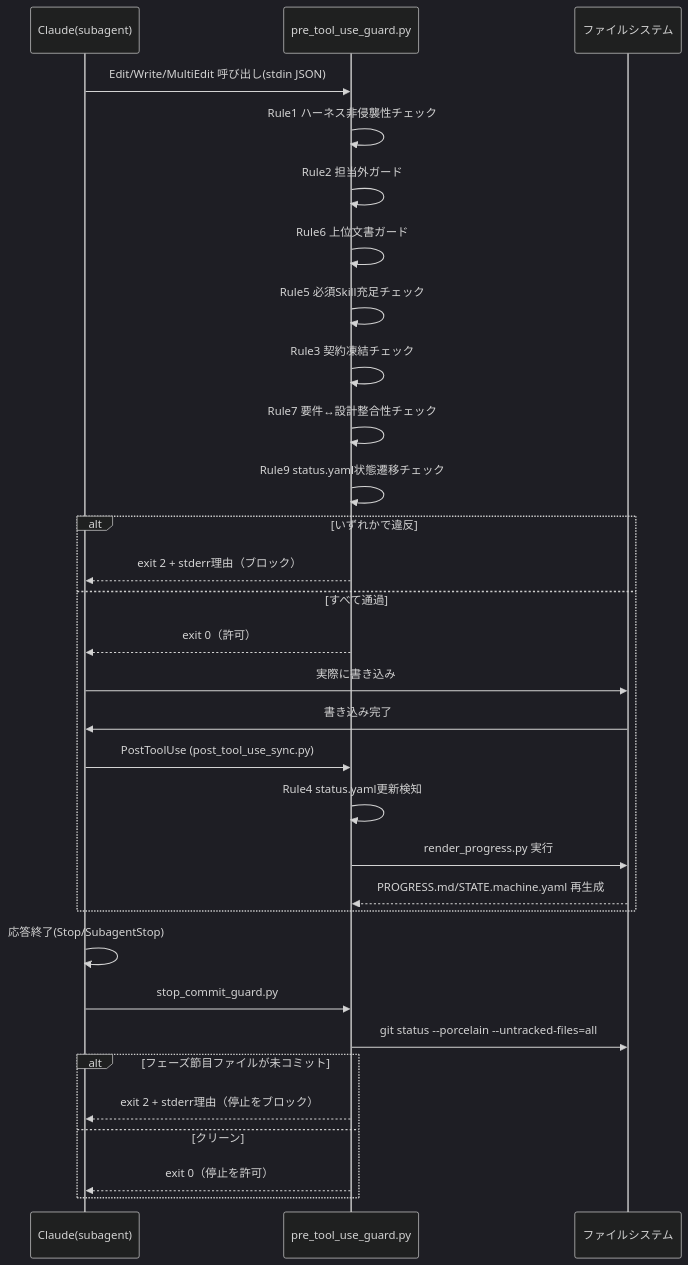
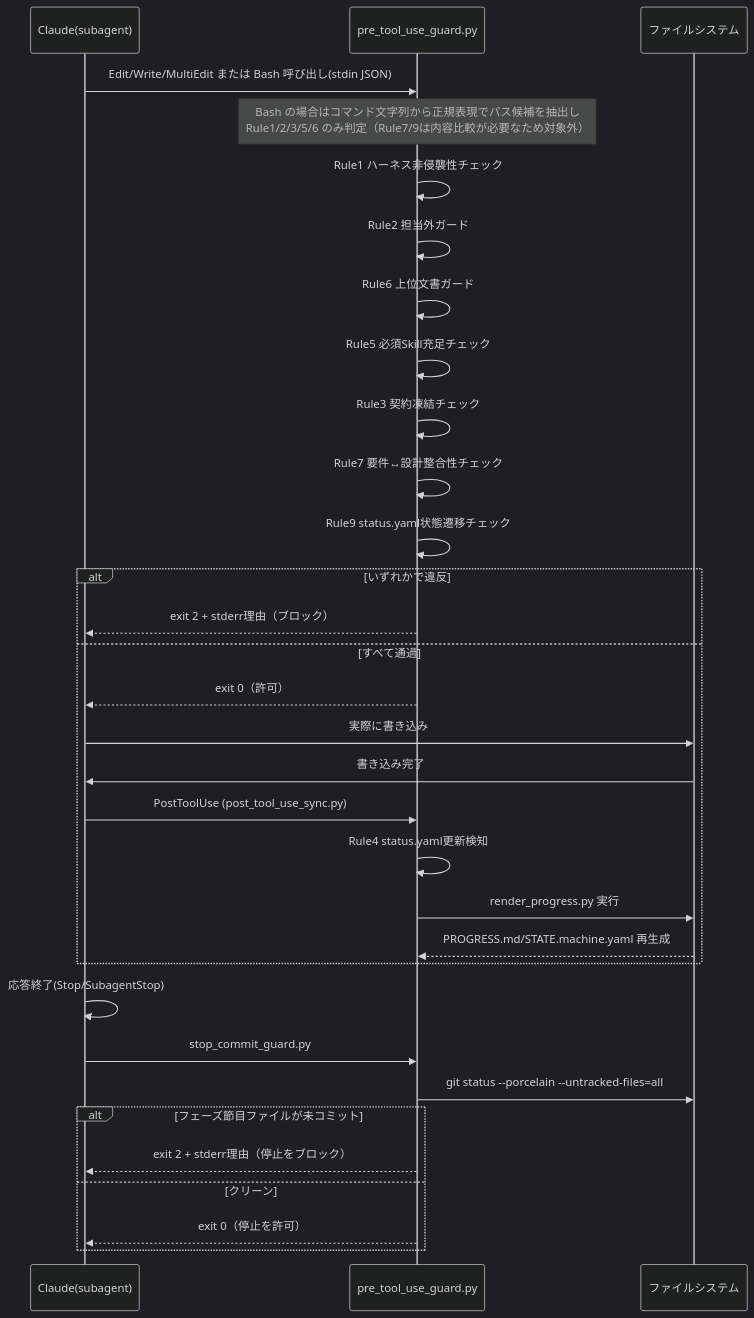
Before and after one commit to studioyukidaruma-dev/apparness: the third of 6 diagrams in HARNESS_GUIDE.md, drawn with Mermaid (dark theme). The commit also changed other lines of this file and 3 other files, not shown here.

````diff
--- a/HARNESS_GUIDE.md
+++ b/HARNESS_GUIDE.md
@@ -216,34 +216,35 @@
 ```mermaid
 sequenceDiagram
     participant Agent as Claude(subagent)
     participant Hook as pre_tool_use_guard.py
     participant FS as ファイルシステム
 
-    Agent->>Hook: Edit/Write/MultiEdit 呼び出し(stdin JSON)
+    Agent->>Hook: Edit/Write/MultiEdit または Bash 呼び出し(stdin JSON)
+    Note over Hook: Bash の場合はコマンド文字列から正規表現でパス候補を抽出し<br/>Rule1/2/3/5/6 のみ判定（Rule7/9は内容比較が必要なため対象外）
     Hook->>Hook: Rule1 ハーネス非侵襲性チェック
     Hook->>Hook: Rule2 担当外ガード
     Hook->>Hook: Rule6 上位文書ガード
     Hook->>Hook: Rule5 必須Skill充足チェック
     Hook->>Hook: Rule3 契約凍結チェック
     Hook->>Hook: Rule7 要件↔設計整合性チェック
     Hook->>Hook: Rule9 status.yaml状態遷移チェック
     alt いずれかで違反
         Hook-->>Agent: exit 2 + stderr理由（ブロック）
     else すべて通過
         Hook-->>Agent: exit 0（許可）
         Agent->>FS: 実際に書き込み
         FS->>Agent: 書き込み完了
         Agent->>Hook: PostToolUse (post_tool_use_sync.py)
         Hook->>Hook: Rule4 status.yaml更新検知
         Hook->>FS: render_progress.py 実行
         FS-->>Hook: PROGRESS.md/STATE.machine.yaml 再生成
     end
     Agent->>Agent: 応答終了(Stop/SubagentStop)
     Agent->>Hook: stop_commit_guard.py
     Hook->>FS: git status --porcelain --untracked-files=all
     alt フェーズ節目ファイルが未コミット
         Hook-->>Agent: exit 2 + stderr理由（停止をブロック）
     else クリーン
         Hook-->>Agent: exit 0（停止を許可）
     end
 ```
````
